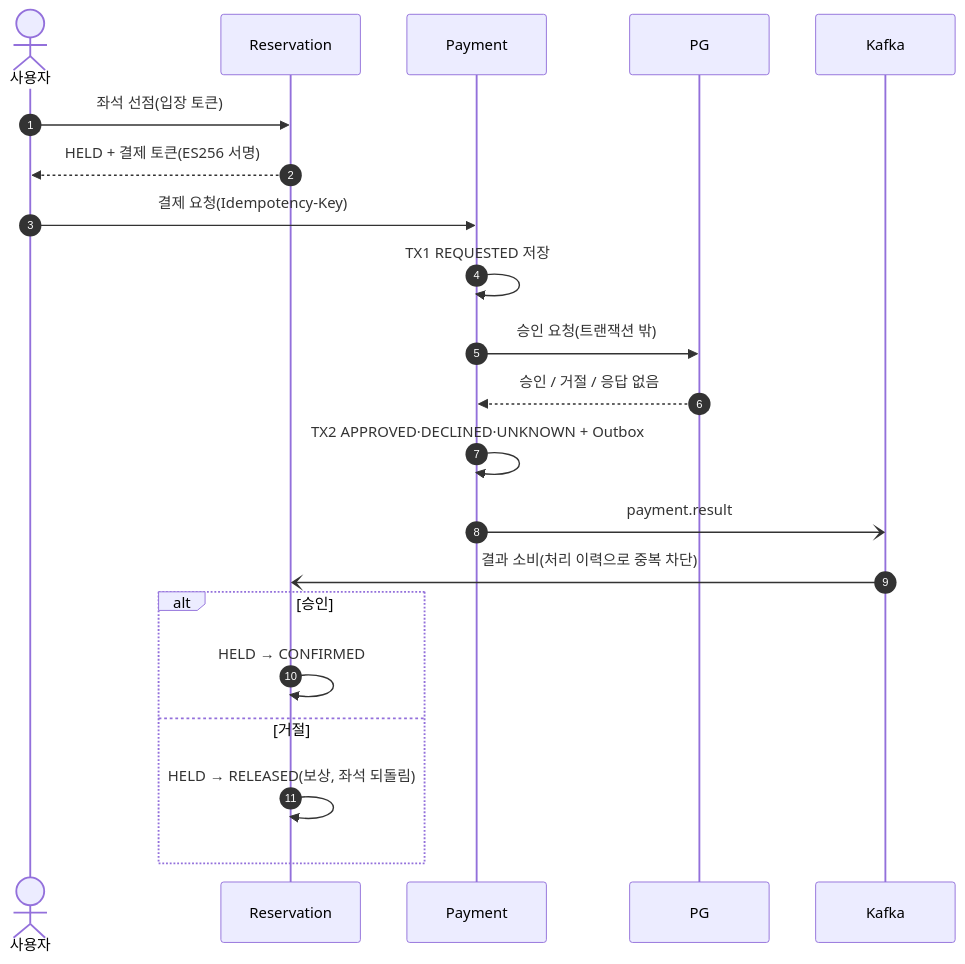
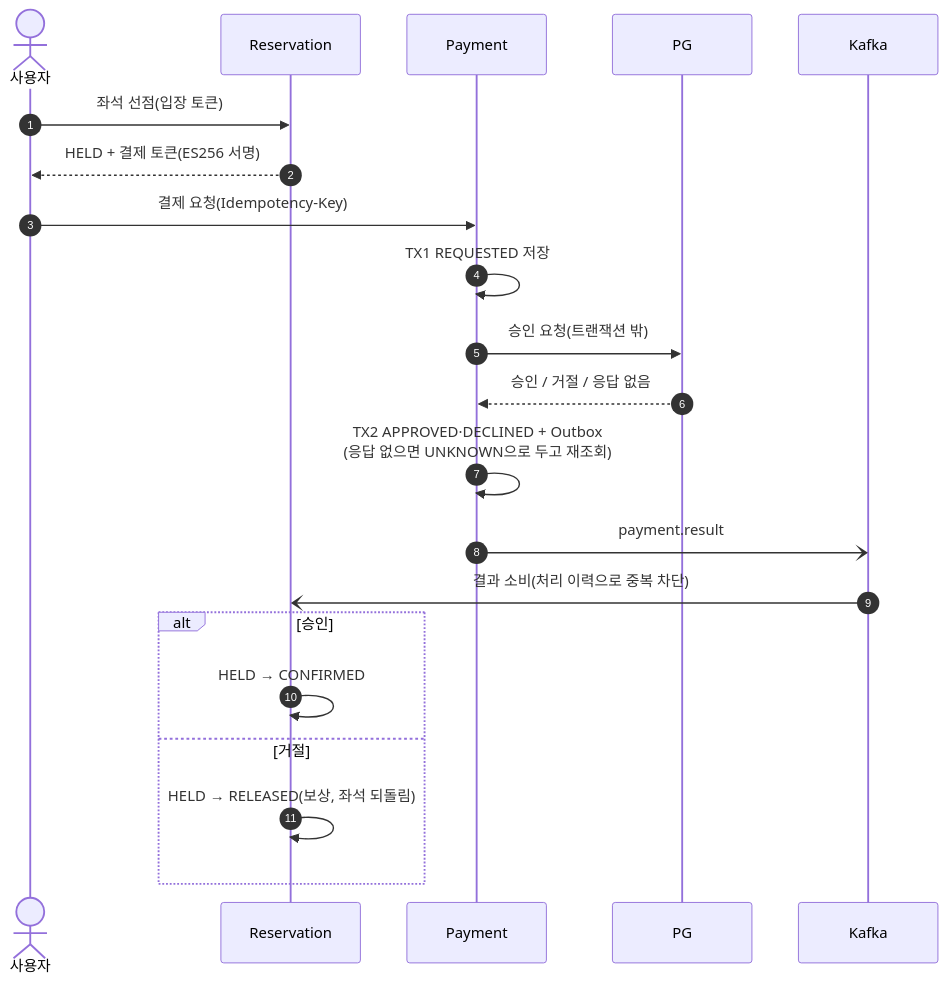
Before and after one commit to GGangMY/high-quality-ticketing-system: the third of 8 diagrams in README.md, drawn with Mermaid. The commit also changed other lines of this file, not shown here.

Commit message:
docs(readme): 다이어그램 배치를 GitHub 화면 폭에 맞게 고치고 배지를 키움 #ISE-308

````diff
--- a/README.md
+++ b/README.md
@@ -184,24 +184,24 @@
 ```mermaid
 sequenceDiagram
   autonumber
   actor U as 사용자
   participant R as Reservation
   participant P as Payment
   participant PG as PG
   participant K as Kafka
 
   U->>R: 좌석 선점(입장 토큰)
   R-->>U: HELD + 결제 토큰(ES256 서명)
   U->>P: 결제 요청(Idempotency-Key)
   P->>P: TX1 REQUESTED 저장
   P->>PG: 승인 요청(트랜잭션 밖)
   PG-->>P: 승인 / 거절 / 응답 없음
-  P->>P: TX2 APPROVED·DECLINED·UNKNOWN + Outbox
+  P->>P: TX2 APPROVED·DECLINED + Outbox<br/>(응답 없으면 UNKNOWN으로 두고 재조회)
   P-)K: payment.result
   K-)R: 결과 소비(처리 이력으로 중복 차단)
   alt 승인
     R->>R: HELD → CONFIRMED
   else 거절
     R->>R: HELD → RELEASED(보상, 좌석 되돌림)
   end
 ```
````
